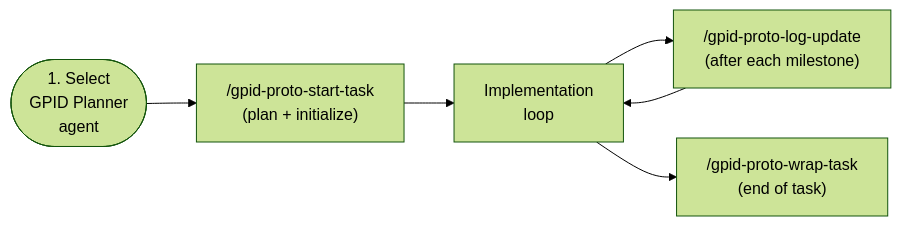
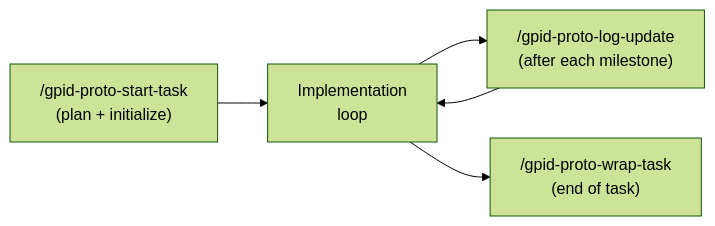
One commit to GPID-WB/Pip-Technical-Guidelines changed the diagram in copilot_protocols.qmd. Above: the diagram before and after it, drawn with Mermaid (forest theme). The commit also changed other lines of this file, not shown here.

````diff
--- a/copilot_protocols.qmd
+++ b/copilot_protocols.qmd
@@ -121,8 +120,7 @@
 ```{mermaid}
 flowchart LR
-  A(["1. Select\nGPID Planner\nagent"]) --> B["/gpid-proto-start-task\n(plan + initialize)"]
-  B --> C["Implementation\nloop"]
-  C --> D["/gpid-proto-log-update\n(after each milestone)"]
-  D --> C
-  C --> E["/gpid-proto-wrap-task\n(end of task)"]
+  A["/gpid-proto-start-task\n(plan + initialize)"] --> B["Implementation\nloop"]
+  B --> C["/gpid-proto-log-update\n(after each milestone)"]
+  C --> B
+  B --> D["/gpid-proto-wrap-task\n(end of task)"]
 ```
````
